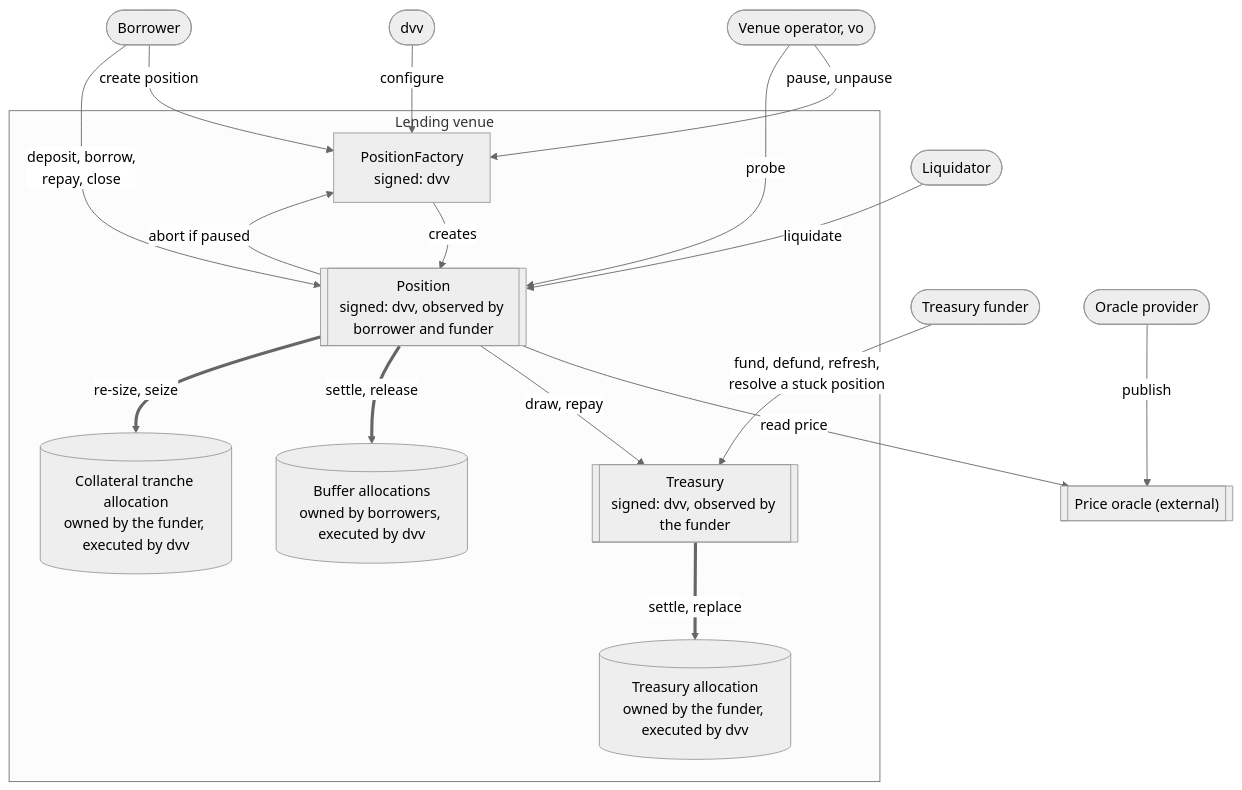
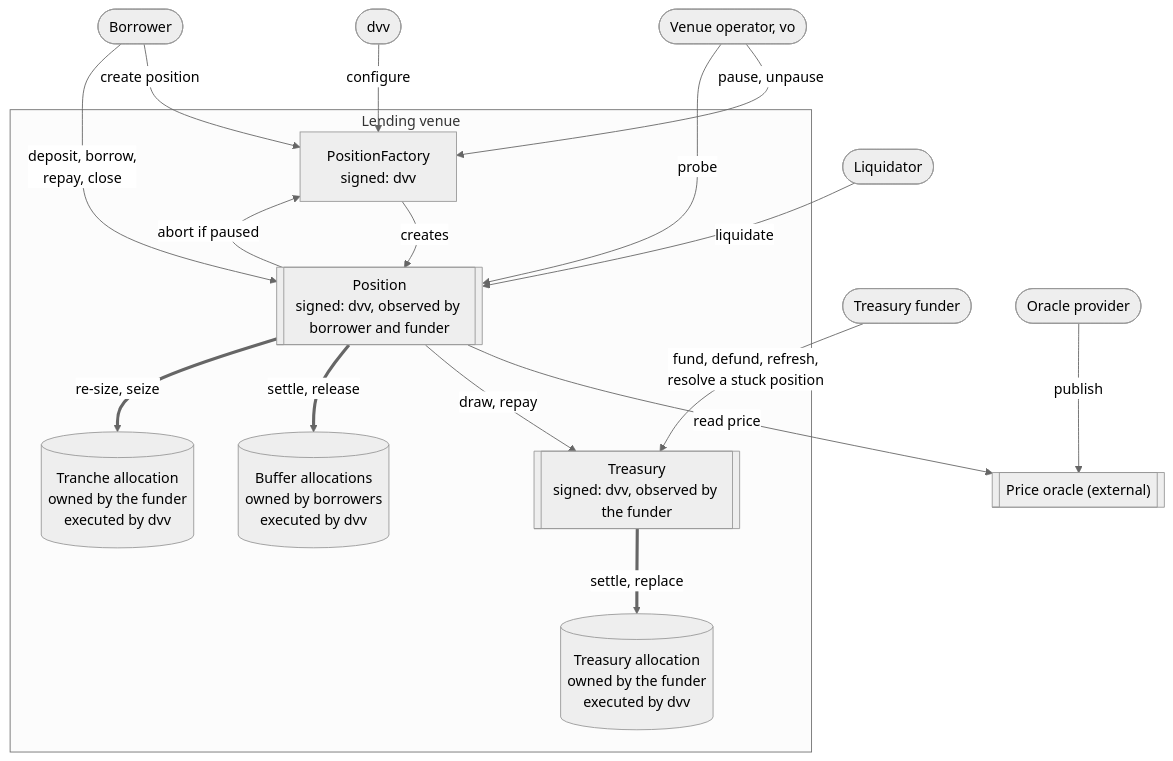
One commit to OpenZeppelin/canton-specs changed the first of 7 diagrams in docs/reference-architectures/lending.md. Above: the diagram before and after it, drawn with Mermaid (neutral theme). The commit also changed other lines of this file, not shown here.

Commit message:
Clarify which allocations each one is. Add spacing in diagrams and change colors in sequence diagrams.

````diff
--- a/docs/reference-architectures/lending.md
+++ b/docs/reference-architectures/lending.md
@@ -90,36 +90,36 @@
 ```mermaid
 flowchart TB
     Consortium([dvv])
     Operator([Venue operator, vo])
     Funder([Treasury funder])
     Borrower([Borrower])
     Liquidator([Liquidator])
     Provider([Oracle provider])
 
     subgraph Target["Lending venue"]
         Factory["PositionFactory<br/>signed: dvv"]
         Position[["Position<br/>signed: dvv, observed by borrower and funder"]]
         Treasury[["Treasury<br/>signed: dvv, observed by the funder"]]
-        Collateral[("Buffer allocations<br/>owned by borrowers, executed by dvv")]
-        Liquidity[("Treasury allocation<br/>owned by the funder, executed by dvv")]
-        Tranche[("Collateral tranche allocation<br/>owned by the funder, executed by dvv")]
+        Collateral[("Buffer allocations<br/>owned by borrowers<br/>executed by dvv")]
+        Liquidity[("Treasury allocation<br/>owned by the funder<br/>executed by dvv")]
+        Tranche[("Tranche allocation<br/>owned by the funder<br/>executed by dvv")]
     end
 
     Oracle[["Price oracle (external)"]]
 
     Consortium -->|"configure"| Factory
     Operator -->|"pause, unpause"| Factory
     Operator -->|"probe"| Position
     Funder -->|"fund, defund, refresh,<br/>resolve a stuck position"| Treasury
     Borrower -->|"create position"| Factory
     Factory -->|"creates"| Position
     Borrower -->|"deposit, borrow,<br/>repay, close"| Position
     Liquidator -->|"liquidate"| Position
     Provider -->|"publish"| Oracle
     Position -->|"abort if paused"| Factory
     Position -->|"read price"| Oracle
     Position -->|"draw, repay"| Treasury
     Position ==>|"settle, release"| Collateral
     Position ==>|"re-size, seize"| Tranche
     Treasury ==>|"settle, replace"| Liquidity
 ```
````
